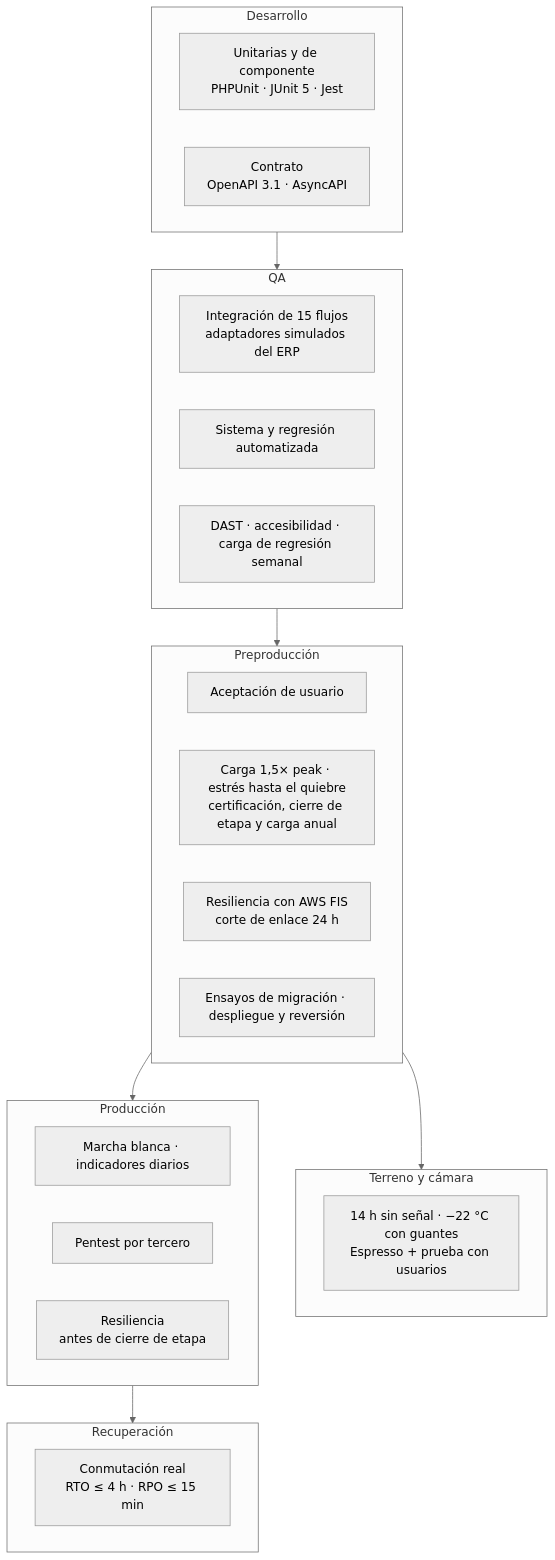
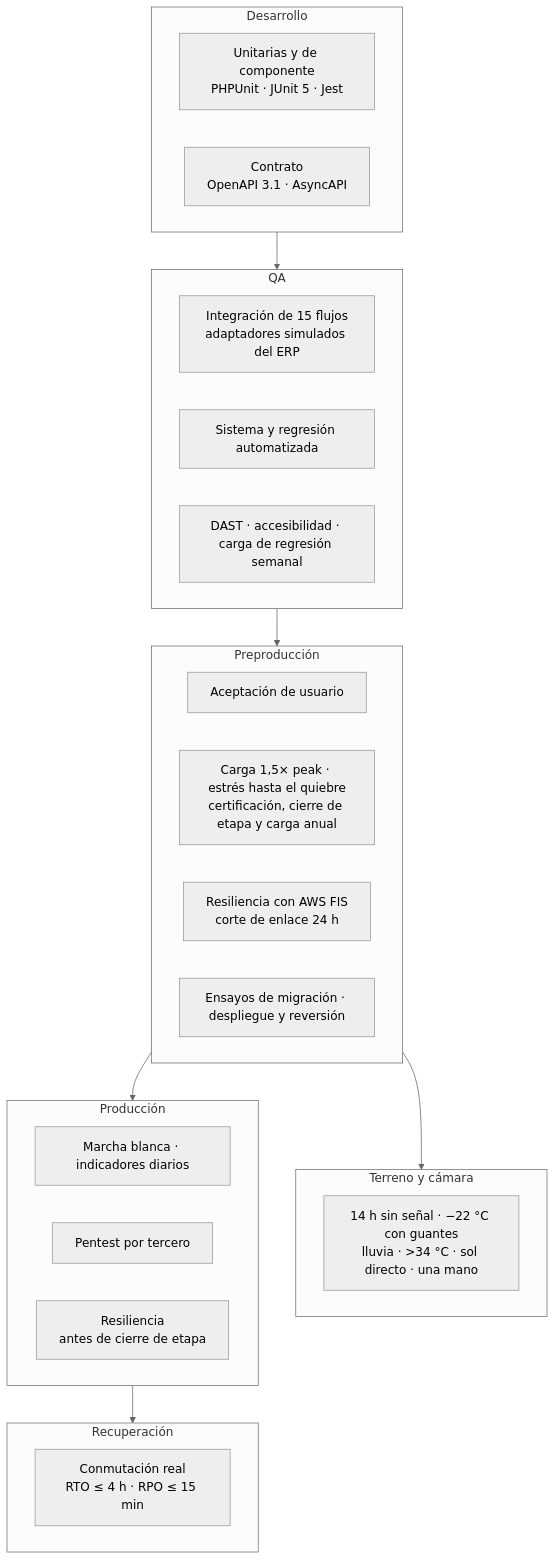
One commit to PatricioH315/LafroX changed the fourth of 10 diagrams in 09_plan_calidad/LAFROX-Subdocumento9.md. Above: the diagram before and after it, drawn with Mermaid (neutral theme). The commit also changed other lines of this file and 4 other files, not shown here.

````diff
--- a/09_plan_calidad/LAFROX-Subdocumento9.md
+++ b/09_plan_calidad/LAFROX-Subdocumento9.md
@@ -243,32 +243,32 @@
 ```mermaid
 flowchart TB
     subgraph DEV["Desarrollo"]
         D1["Unitarias y de componente<br/>PHPUnit · JUnit 5 · Jest"]
         D2["Contrato<br/>OpenAPI 3.1 · AsyncAPI"]
     end
     subgraph QA["QA"]
         Q1["Integración de 15 flujos<br/>adaptadores simulados del ERP"]
         Q2["Sistema y regresión automatizada"]
         Q3["DAST · accesibilidad · carga de regresión semanal"]
     end
     subgraph PRE["Preproducción"]
         P1["Aceptación de usuario"]
         P2["Carga 1,5× peak · estrés hasta el quiebre<br/>certificación, cierre de etapa y carga anual"]
         P3["Resiliencia con AWS FIS<br/>corte de enlace 24 h"]
         P4["Ensayos de migración · despliegue y reversión"]
     end
     subgraph TER["Terreno y cámara"]
-        T1["14 h sin señal · −22 °C con guantes<br/>Espresso + prueba con usuarios"]
+        T1["14 h sin señal · −22 °C con guantes<br/>lluvia · >34 °C · sol directo · una mano"]
     end
     subgraph PROD["Producción"]
         R1["Marcha blanca · indicadores diarios"]
         R2["Pentest por tercero"]
         R3["Resiliencia<br/>antes de cierre de etapa"]
     end
     subgraph DR["Recuperación"]
         X1["Conmutación real<br/>RTO ≤ 4 h · RPO ≤ 15 min"]
     end
     DEV --> QA --> PRE --> PROD
     PRE --> TER
     PROD --> DR
 ```
````
